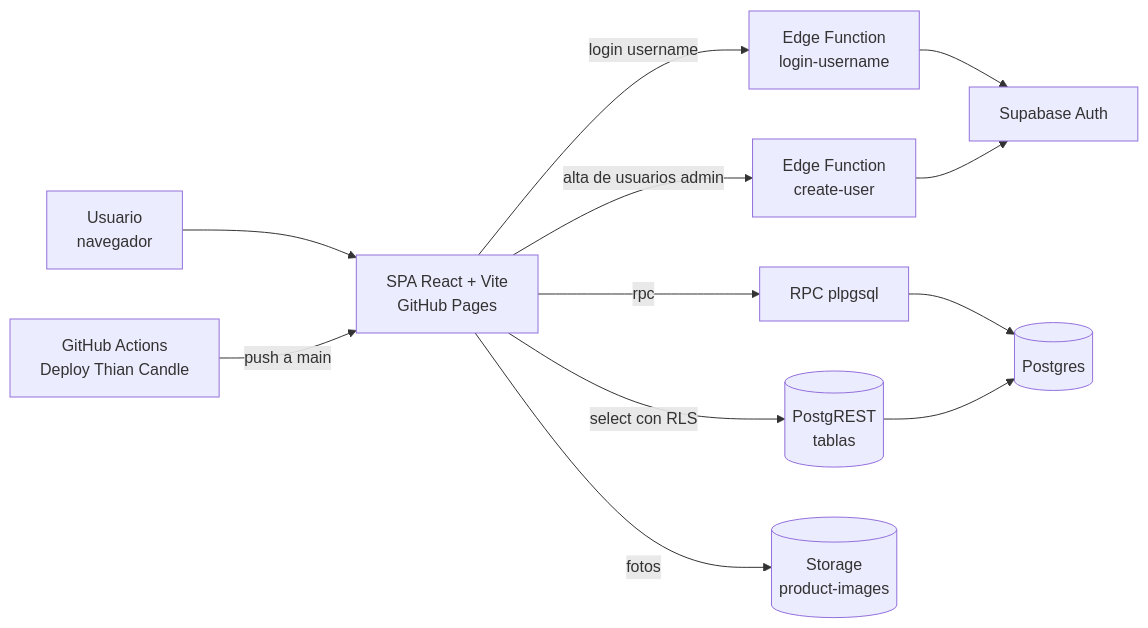
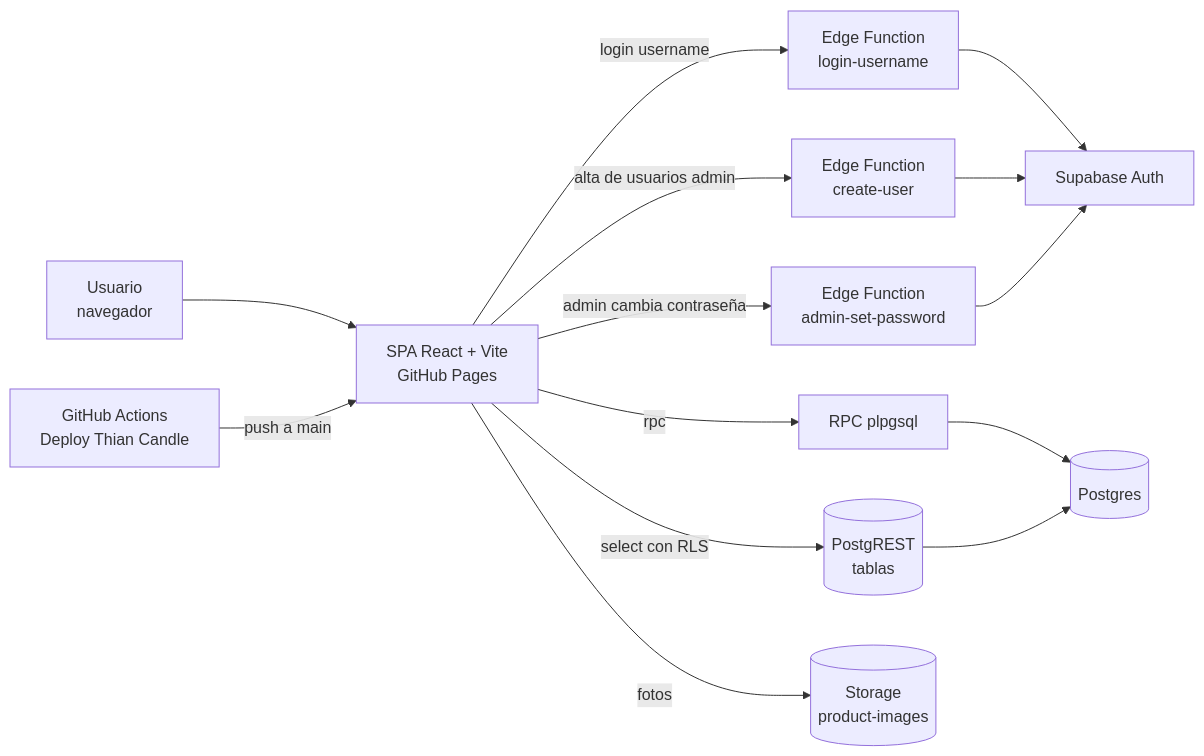
One commit to jars-23/thian-orders changed the diagram in docs/arquitectura.md. Above: the diagram before and after it, drawn with Mermaid. The commit also changed 5 other files, not shown here.

````diff
--- a/docs/arquitectura.md
+++ b/docs/arquitectura.md
@@ -6,14 +6,16 @@
 ```mermaid
 flowchart LR
   U[Usuario<br/>navegador] --> SPA[SPA React + Vite<br/>GitHub Pages]
   SPA -->|login username| EF1[Edge Function<br/>login-username]
   SPA -->|alta de usuarios admin| EF2[Edge Function<br/>create-user]
+  SPA -->|admin cambia contraseña| EF3[Edge Function<br/>admin-set-password]
   SPA -->|select con RLS| PG[(PostgREST<br/>tablas)]
   SPA -->|rpc| RPC[RPC plpgsql]
   SPA -->|fotos| ST[(Storage<br/>product-images)]
   EF1 --> AUTH[Supabase Auth]
   EF2 --> AUTH
+  EF3 --> AUTH
   RPC --> DB[(Postgres)]
   PG --> DB
   GH[GitHub Actions<br/>Deploy Thian Candle] -->|push a main| SPA
 ```
````
